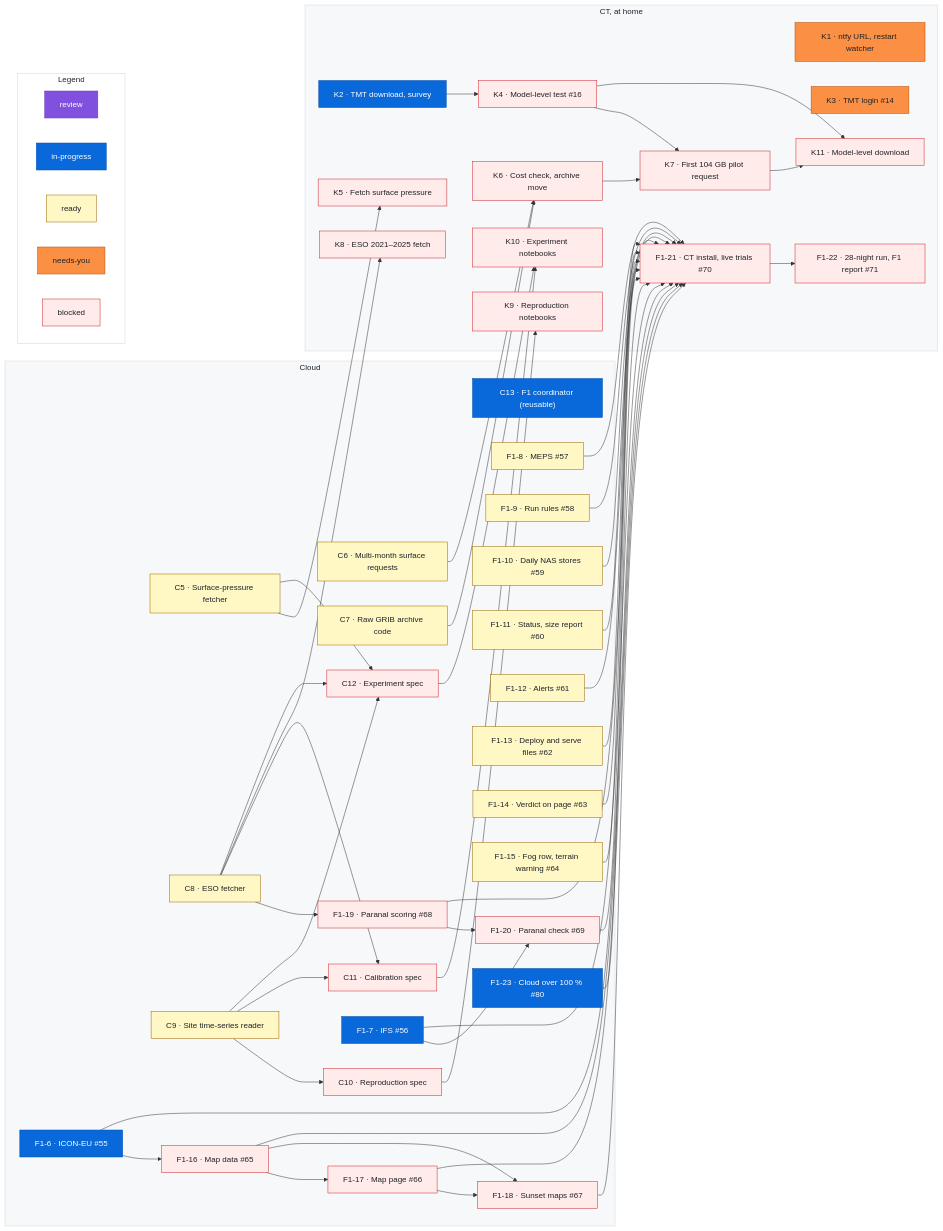
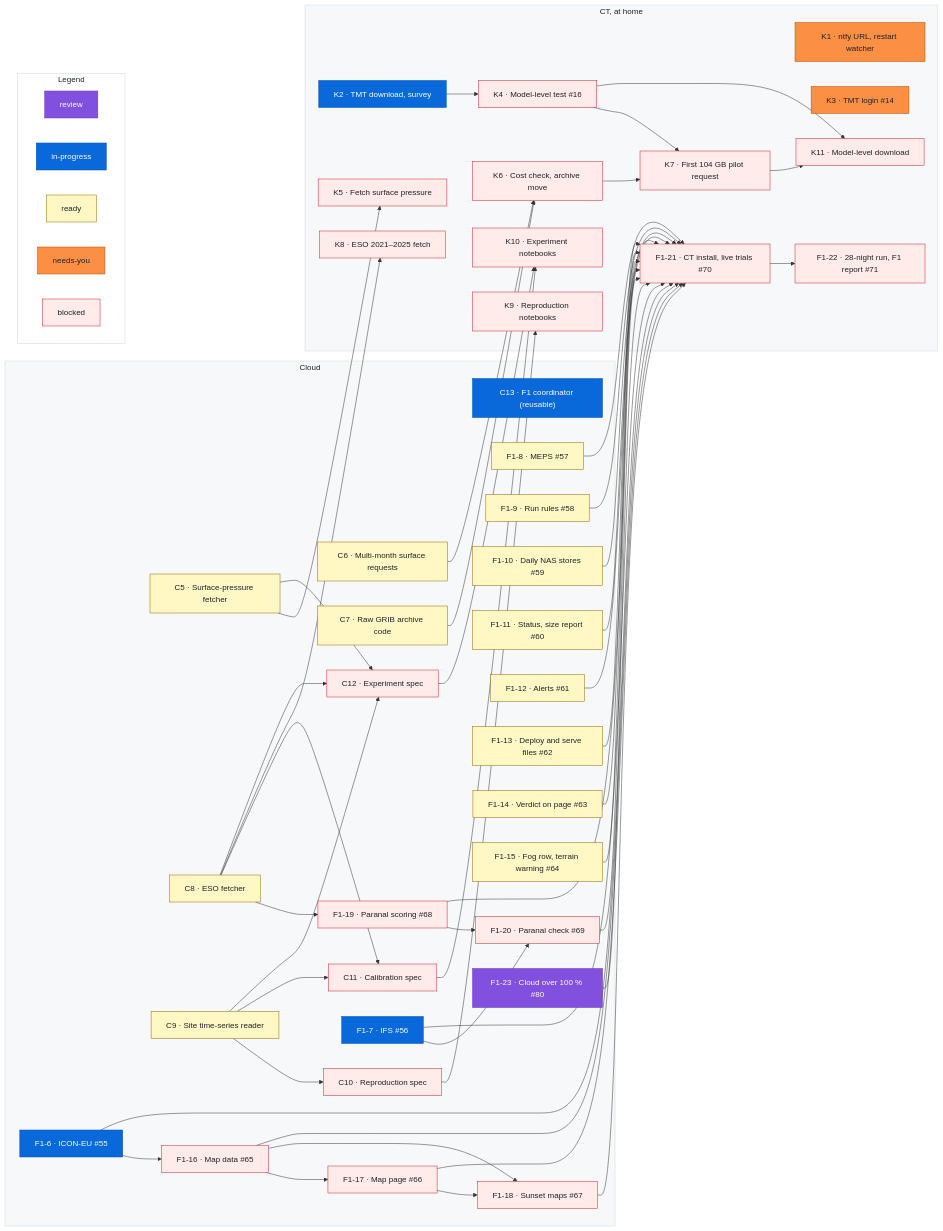
Before and after one commit to rrweller/Astro-seeing: the diagram in docs/roadmap.md, drawn with Mermaid. The commit also changed other lines of this file, not shown here.

Commit message:
roadmap: F1-23 in-progress → review
Claude-Session: https://claude.ai/code/session_01ECS9ratNi26pjaLjGxYdGf

```diff
--- a/docs/roadmap.md
+++ b/docs/roadmap.md
@@ -251,7 +251,7 @@
   %% ---
   class F1_22 blocked
   %% ---
-  class F1_23 inprogress
+  class F1_23 review
   %% ---
   class K1 needsyou
   %% ---
```
